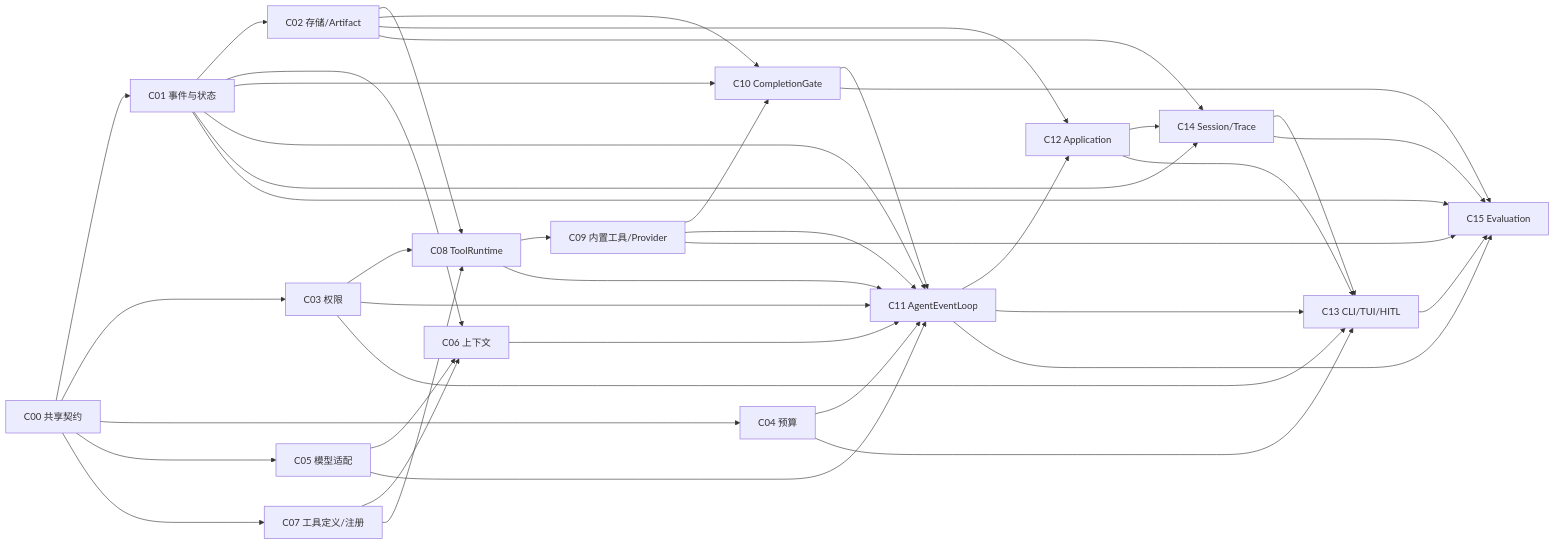
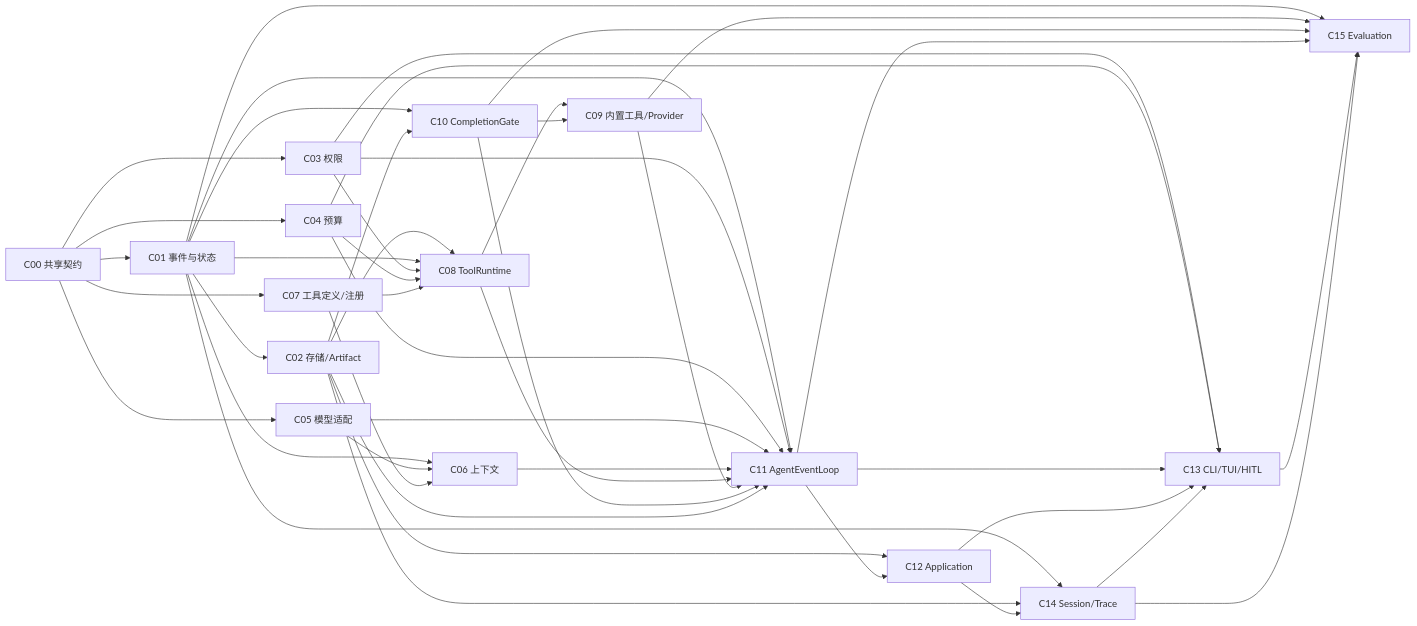
Before and after one commit to TimmmmmY827/CodeFlow-Agent: the diagram in docs/components/README.md, drawn with Mermaid. The commit also changed other lines of this file and 17 other files, not shown here.

````diff
--- a/docs/components/README.md
+++ b/docs/components/README.md
@@ -49,43 +49,46 @@
 ```mermaid
 flowchart LR
     C00["C00 共享契约"] --> C01["C01 事件与状态"]
     C00 --> C03["C03 权限"]
     C00 --> C04["C04 预算"]
     C00 --> C05["C05 模型适配"]
     C00 --> C07["C07 工具定义/注册"]
     C01 --> C02["C02 存储/Artifact"]
     C01 --> C06["C06 上下文"]
     C05 --> C06
     C07 --> C06
     C02 --> C08["C08 ToolRuntime"]
+    C01 --> C08
     C03 --> C08
+    C04 --> C08
     C07 --> C08
     C08 --> C09["C09 内置工具/Provider"]
-    C09 --> C10["C10 CompletionGate"]
-    C01 --> C10
+    C01 --> C10["C10 CompletionGate"]
     C02 --> C10
+    C10 --> C09
     C01 --> C11["C11 AgentEventLoop"]
     C03 --> C11
     C04 --> C11
     C05 --> C11
     C06 --> C11
     C08 --> C11
     C09 --> C11
     C10 --> C11
+    C02 --> C11
     C02 --> C12["C12 Application"]
     C11 --> C12
     C01 --> C14["C14 Session/Trace"]
     C02 --> C14
     C12 --> C14
     C03 --> C13["C13 CLI/TUI/HITL"]
     C04 --> C13
     C11 --> C13
     C12 --> C13
     C14 --> C13
     C01 --> C15["C15 Evaluation"]
     C09 --> C15
     C10 --> C15
     C11 --> C15
     C13 --> C15
     C14 --> C15
 ```
````
